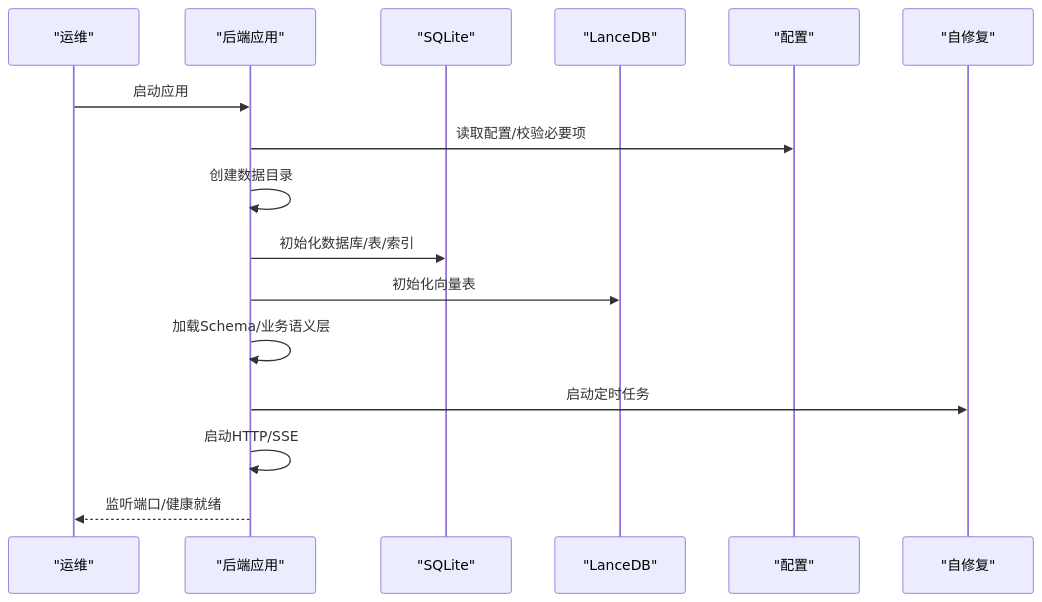
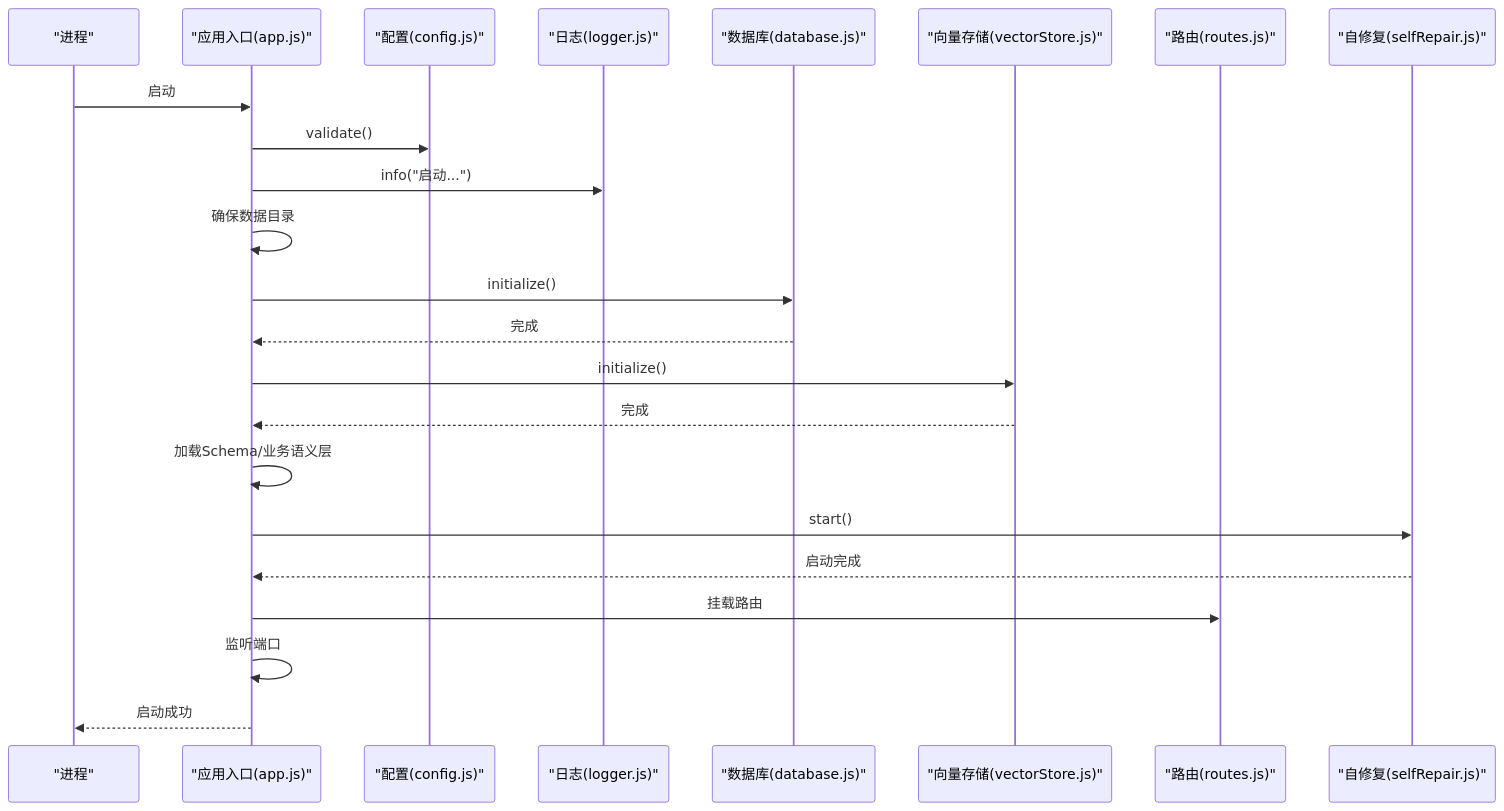
Before and after one commit to HanHuiOnLine/724-office: the third of 3 diagrams in NL2SQL/.qoder/repowiki/zh/content/部署与运维/部署与运维.md, drawn with Mermaid. The commit also changed other lines of this file and 207 other files, not shown here.

````diff
--- a/NL2SQL/.qoder/repowiki/zh/content/部署与运维/部署与运维.md
+++ b/NL2SQL/.qoder/repowiki/zh/content/部署与运维/部署与运维.md
@@ -103,18 +143,25 @@
 ```mermaid
 sequenceDiagram
-participant Ops as "运维"
-participant App as "后端应用"
-participant DB as "SQLite"
-participant VDB as "LanceDB"
-participant Cfg as "配置"
-participant Self as "自修复"
-Ops->>App : 启动应用
-App->>Cfg : 读取配置/校验必要项
-App->>App : 创建数据目录
-App->>DB : 初始化数据库/表/索引
-App->>VDB : 初始化向量表
+participant Proc as "进程"
+participant App as "应用入口(app.js)"
+participant Cfg as "配置(config.js)"
+participant Log as "日志(logger.js)"
+participant Db as "数据库(database.js)"
+participant Vdb as "向量存储(vectorStore.js)"
+participant Rt as "路由(routes.js)"
+participant Sr as "自修复(selfRepair.js)"
+Proc->>App : 启动
+App->>Cfg : validate()
+App->>Log : info("启动...")
+App->>App : 确保数据目录
+App->>Db : initialize()
+Db-->>App : 完成
+App->>Vdb : initialize()
+Vdb-->>App : 完成
 App->>App : 加载Schema/业务语义层
-App->>Self : 启动定时任务
-App->>App : 启动HTTP/SSE
-App-->>Ops : 监听端口/健康就绪
+App->>Sr : start()
+Sr-->>App : 启动完成
+App->>Rt : 挂载路由
+App->>App : 监听端口
+App-->>Proc : 启动成功
 ```
````
